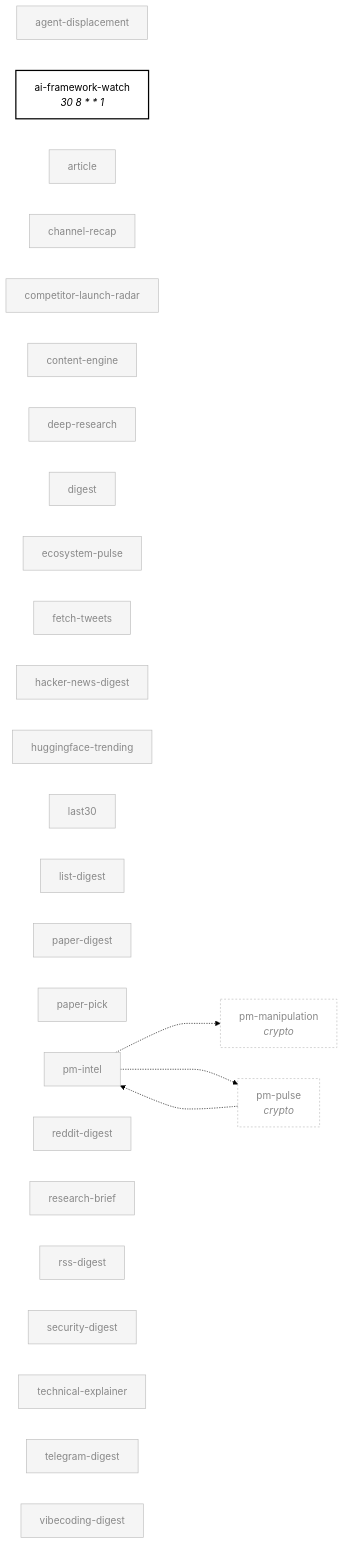
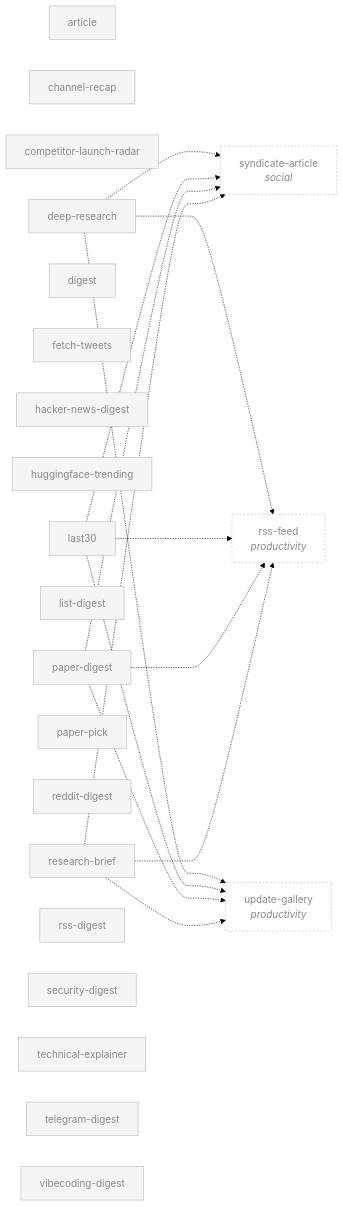
The third of 8 diagrams in docs/skill-graph.md (swarm-ai-research/aeon), drawn with Mermaid (forest theme) before and after one commit. The commit also changed other lines of this file and 2 other files, not shown here.

First line of the commit message:
docs(skill-graph): regenerate map (SKILL_GRAPH_NEW — 175 skills, 44 enabled)

````diff
--- a/docs/skill-graph.md
+++ b/docs/skill-graph.md
@@ -76,64 +84,64 @@
 ```mermaid
 flowchart LR
     classDef enabled fill:#fff,stroke:#000,stroke-width:2px,color:#000
     classDef disabled fill:#f5f5f5,stroke:#bbb,color:#888
     classDef external fill:none,stroke:#bbb,stroke-dasharray:3 3,color:#888
-    agent-displacement["agent-displacement"]
-    ai-framework-watch["ai-framework-watch<br/><i>30 8 * * 1</i>"]
     article["article"]
     channel-recap["channel-recap"]
     competitor-launch-radar["competitor-launch-radar"]
-    content-engine["content-engine"]
     deep-research["deep-research"]
     digest["digest"]
-    ecosystem-pulse["ecosystem-pulse"]
     fetch-tweets["fetch-tweets"]
     hacker-news-digest["hacker-news-digest"]
     huggingface-trending["huggingface-trending"]
     last30["last30"]
     list-digest["list-digest"]
     paper-digest["paper-digest"]
     paper-pick["paper-pick"]
-    pm-intel["pm-intel"]
     reddit-digest["reddit-digest"]
     research-brief["research-brief"]
     rss-digest["rss-digest"]
     security-digest["security-digest"]
     technical-explainer["technical-explainer"]
     telegram-digest["telegram-digest"]
     vibecoding-digest["vibecoding-digest"]
-    pm-manipulation["pm-manipulation<br/><i>crypto</i>"]
-    pm-pulse["pm-pulse<br/><i>crypto</i>"]
-    pm-intel -..-> pm-manipulation
-    pm-intel -..-> pm-pulse
-    pm-pulse -..-> pm-intel
-    click agent-displacement "../skills/agent-displacement/SKILL.md"
-    click ai-framework-watch "../skills/ai-framework-watch/SKILL.md"
+    rss-feed["rss-feed<br/><i>productivity</i>"]
+    syndicate-article["syndicate-article<br/><i>social</i>"]
+    update-gallery["update-gallery<br/><i>productivity</i>"]
+    deep-research -..-> syndicate-article
+    deep-research -..-> rss-feed
+    deep-research -..-> update-gallery
+    last30 -..-> syndicate-article
+    last30 -..-> rss-feed
+    last30 -..-> update-gallery
+    paper-digest -..-> syndicate-article
+    paper-digest -..-> rss-feed
+    paper-digest -..-> update-gallery
+    research-brief -..-> syndicate-article
+    research-brief -..-> rss-feed
+    research-brief -..-> update-gallery
     click article "../skills/article/SKILL.md"
     click channel-recap "../skills/channel-recap/SKILL.md"
     click competitor-launch-radar "../skills/competitor-launch-radar/SKILL.md"
-    click content-engine "../skills/content-engine/SKILL.md"
     click deep-research "../skills/deep-research/SKILL.md"
     click digest "../skills/digest/SKILL.md"
-    click ecosystem-pulse "../skills/ecosystem-pulse/SKILL.md"
     click fetch-tweets "../skills/fetch-tweets/SKILL.md"
     click hacker-news-digest "../skills/hacker-news-digest/SKILL.md"
     click huggingface-trending "../skills/huggingface-trending/SKILL.md"
     click last30 "../skills/last30/SKILL.md"
     click list-digest "../skills/list-digest/SKILL.md"
     click paper-digest "../skills/paper-digest/SKILL.md"
     click paper-pick "../skills/paper-pick/SKILL.md"
-    click pm-intel "../skills/pm-intel/SKILL.md"
     click reddit-digest "../skills/reddit-digest/SKILL.md"
     click research-brief "../skills/research-brief/SKILL.md"
     click rss-digest "../skills/rss-digest/SKILL.md"
     click security-digest "../skills/security-digest/SKILL.md"
     click technical-explainer "../skills/technical-explainer/SKILL.md"
     click telegram-digest "../skills/telegram-digest/SKILL.md"
     click vibecoding-digest "../skills/vibecoding-digest/SKILL.md"
-    click pm-manipulation "../skills/pm-manipulation/SKILL.md"
-    click pm-pulse "../skills/pm-pulse/SKILL.md"
-    class ai-framework-watch enabled
-    class agent-displacement,article,channel-recap,competitor-launch-radar,content-engine,deep-research,digest,ecosystem-pulse,fetch-tweets,hacker-news-digest,huggingface-trending,last30,list-digest,paper-digest,paper-pick,pm-intel,reddit-digest,research-brief,rss-digest,security-digest,technical-explainer,telegram-digest,vibecoding-digest disabled
-    class pm-manipulation,pm-pulse external
+    click rss-feed "../skills/rss-feed/SKILL.md"
+    click syndicate-article "../skills/syndicate-article/SKILL.md"
+    click update-gallery "../skills/update-gallery/SKILL.md"
+    class article,channel-recap,competitor-launch-radar,deep-research,digest,fetch-tweets,hacker-news-digest,huggingface-trending,last30,list-digest,paper-digest,paper-pick,reddit-digest,research-brief,rss-digest,security-digest,technical-explainer,telegram-digest,vibecoding-digest disabled
+    class rss-feed,syndicate-article,update-gallery external
 ```
````
